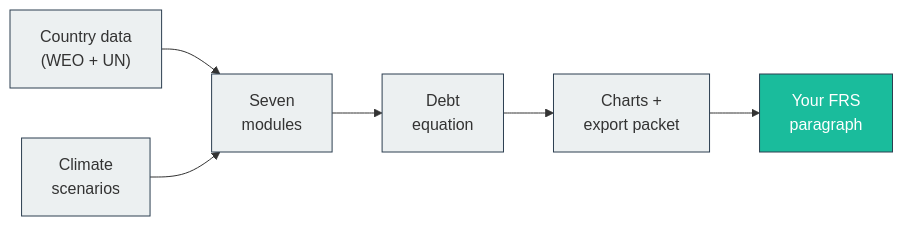
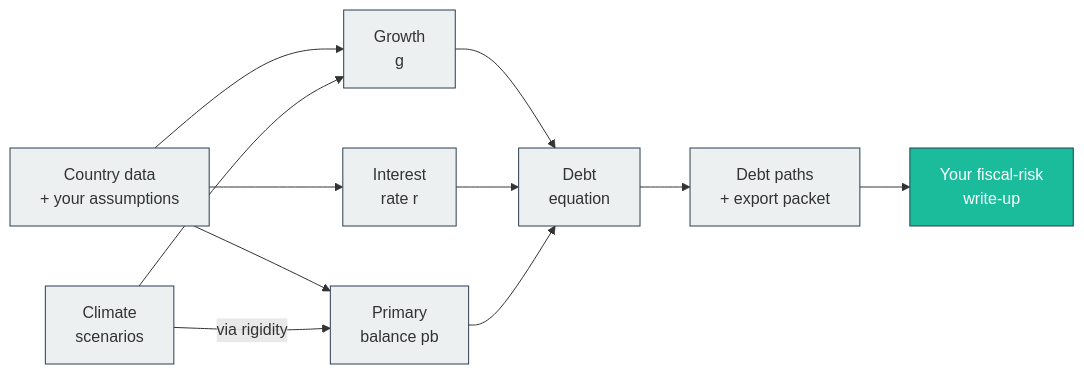
Before and after one commit to Teal-Insights/QCraft-App: the diagram in docs/companion-guide/m0-start-here.qmd, drawn with Mermaid. The commit also changed 6 other files, not shown here.

First line of the commit message:
docs(guide): rebuild the intuition map on the three numbers the equation needs

````diff
--- a/docs/companion-guide/m0-start-here.qmd
+++ b/docs/companion-guide/m0-start-here.qmd
@@ -41,17 +41,24 @@
 ```{mermaid}
-%%| fig-cap: "The course concept map. This module fixes the destination on the right."
+%%| fig-cap: "The course map. Country data and your assumptions are manufactured into the three numbers the debt equation needs. This module fixes the destination on the right."
 %%| fig-width: 6
 flowchart LR
-    D["Country data<br>(WEO + UN)"] --> M["Seven<br>modules"]
-    S["Climate<br>scenarios"] --> M
-    M --> E["Debt<br>equation"]
-    E --> O["Charts +<br>export packet"]
-    O --> F["Your FRS<br>paragraph"]
+    D["Country data<br>+ your assumptions"] --> G["Growth<br>g"]
+    D --> R["Interest<br>rate r"]
+    D --> P["Primary<br>balance pb"]
+    C["Climate<br>scenarios"] --> G
+    C -->|"via rigidity"| P
+    G --> E["Debt<br>equation"]
+    R --> E
+    P --> E
+    E --> O["Debt paths<br>+ export packet"]
+    O --> F["Your fiscal-risk<br>write-up"]
 
     style D fill:#ECF0F1,stroke:#2C3E50
-    style S fill:#ECF0F1,stroke:#2C3E50
-    style M fill:#ECF0F1,stroke:#2C3E50
+    style C fill:#ECF0F1,stroke:#2C3E50
+    style G fill:#ECF0F1,stroke:#2C3E50
+    style R fill:#ECF0F1,stroke:#2C3E50
+    style P fill:#ECF0F1,stroke:#2C3E50
     style E fill:#ECF0F1,stroke:#2C3E50
     style O fill:#ECF0F1,stroke:#2C3E50
     style F fill:#1ABC9C,stroke:#2C3E50,color:#fff
 ```
````
